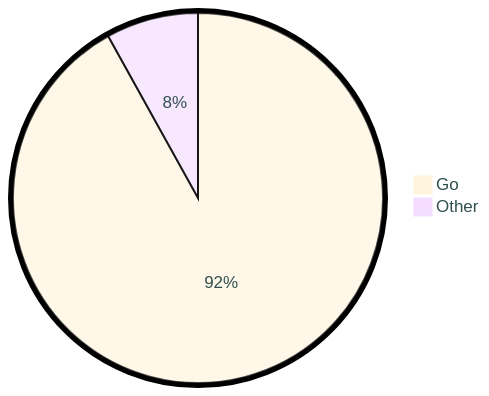
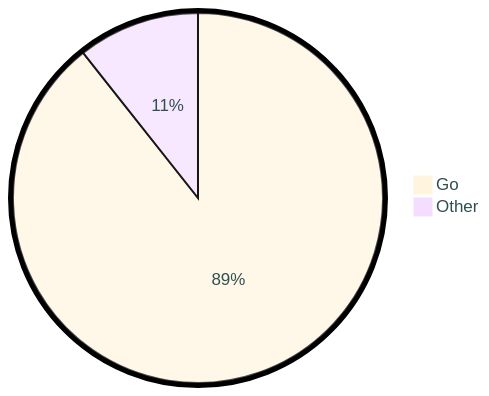
Before and after one commit to tot0p/tot0p: the diagram in README.md, drawn with Mermaid. The commit also changed other lines of this file, not shown here.

````diff
--- a/README.md
+++ b/README.md
@@ -74,6 +73,6 @@
 ```mermaid
 %%{init: {"pie": {"textPosition": 0.5}, "themeVariables": {"pieOuterStrokeWidth": "5px","primaryTextColor" : "#2F4F4F"},"theme":"base"} }%%
 pie
-	"Go": 91.93
-	"Other": 8.059999999999999
+	"Go": 89.36
+	"Other": 10.660000000000002
 ```
````
